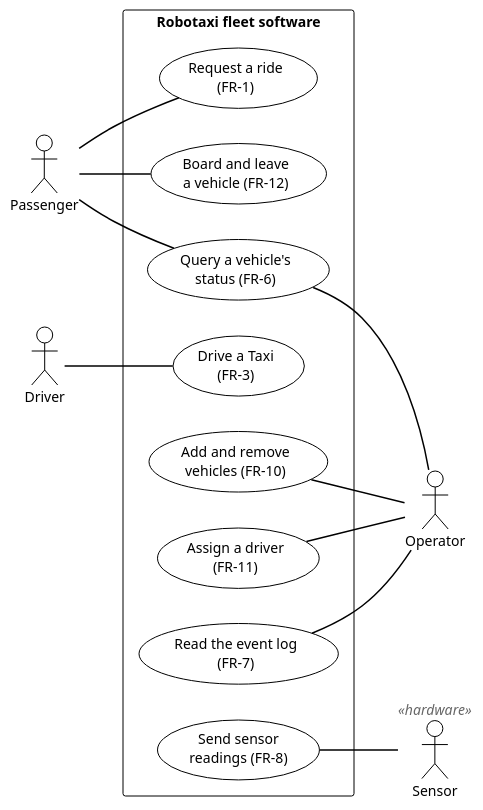
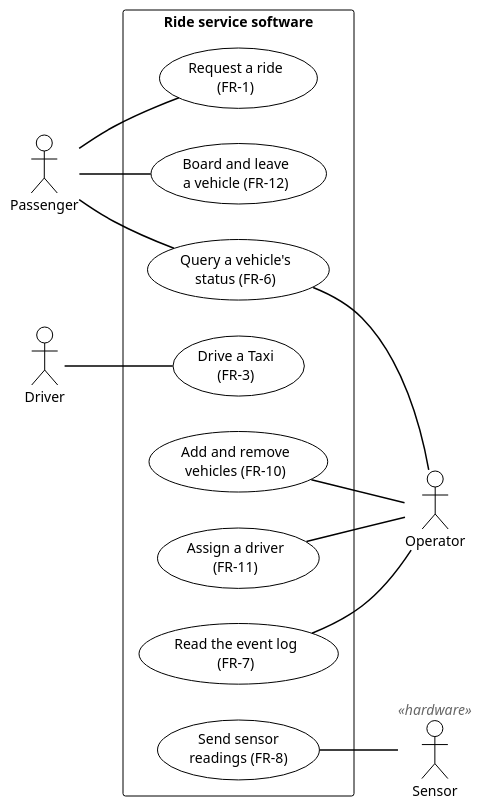
The diagram in project/week9/uml/use_cases.plantuml (zeidk/enpm702-fall-2026-cpp), drawn with PlantUML before and after one commit. The commit also changed 39 other files, not shown here.

```diff
--- a/project/week9/uml/use_cases.plantuml
+++ b/project/week9/uml/use_cases.plantuml
@@ -1,36 +1,36 @@
 @startuml use_cases
 ' Generated for the slides.
 !theme mono
 skinparam backgroundColor white
 skinparam defaultFontName "Fira Sans"
 skinparam defaultFontSize 14
 skinparam shadowing false
 skinparam ArrowThickness 1.5
 left to right direction
 
 actor Passenger
 actor Driver
 actor Operator
 actor "Sensor" as Sensor <<hardware>>
 
-rectangle "Robotaxi fleet software" {
+rectangle "Ride service software" {
   usecase "Request a ride\n(FR-1)" as UC1
   usecase "Board and leave\na vehicle (FR-12)" as UC2
   usecase "Query a vehicle's\nstatus (FR-6)" as UC3
   usecase "Drive a Taxi\n(FR-3)" as UC4
   usecase "Add and remove\nvehicles (FR-10)" as UC5
   usecase "Assign a driver\n(FR-11)" as UC6
   usecase "Read the event log\n(FR-7)" as UC7
   usecase "Send sensor\nreadings (FR-8)" as UC8
 }
 
 Passenger -- UC1
 Passenger -- UC2
 Passenger -- UC3
 Driver -- UC4
 UC3 -- Operator
 UC5 -- Operator
 UC6 -- Operator
 UC7 -- Operator
 UC8 -- Sensor
 @enduml
```
